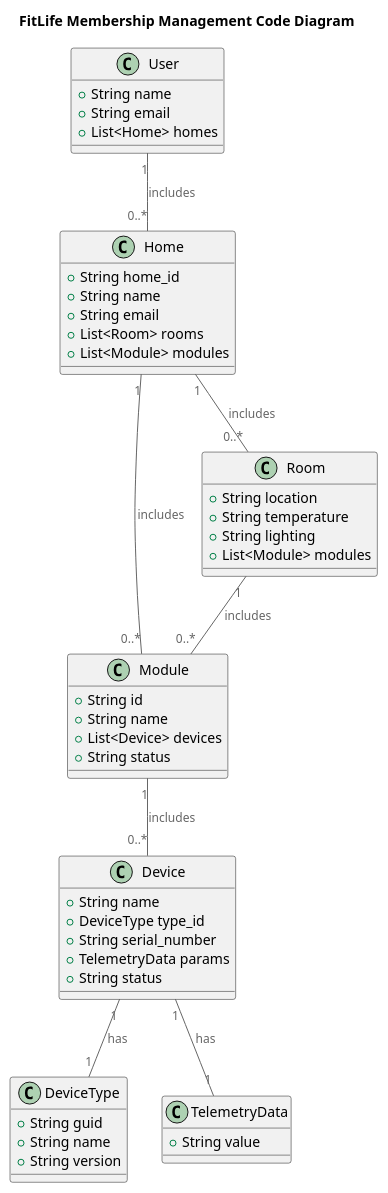
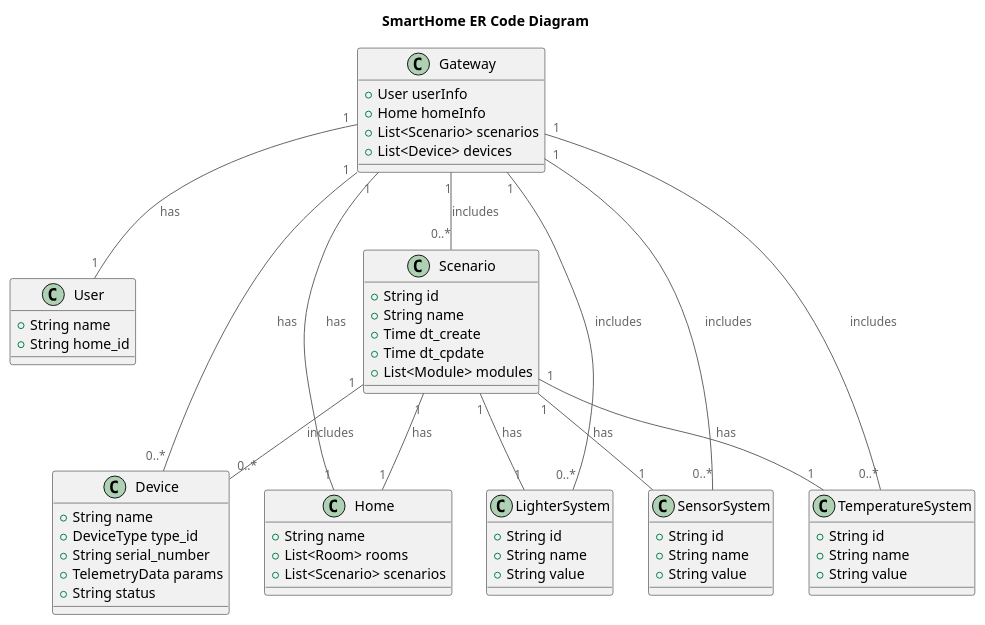
One commit to PuryginKE/architecture-warmhouse changed the diagram in diagrams/er/Code-er.puml. Above: the diagram before and after it, drawn with PlantUML. The commit also changed 19 other files, not shown here.

```diff
--- a/diagrams/er/Code-er.puml
+++ b/diagrams/er/Code-er.puml
@@ -1,62 +1,74 @@
 @startuml
-title FitLife Membership Management Code Diagram
+title SmartHome ER Code Diagram
 
 top to bottom direction
 
 !includeurl https://raw.githubusercontent.com/RicardoNiepel/C4-PlantUML/master/C4_Component.puml
 
+class Gateway {
+  +User userInfo
+  +Home homeInfo
+  +List<Scenario> scenarios
+  +List<Device> devices
+}
+
 class User {
   +String name
-  +String email
-  +List<Home> homes
+  +String home_id
+}
+
+class Scenario {
+  +String id
+  +String name
+  +Time dt_create
+  +Time dt_cpdate
+  +List<Module> modules
 }
 
 class Home {
-  +String home_id
   +String name
-  +String email
   +List<Room> rooms
-  +List<Module> modules
+  +List<Scenario> scenarios
 }
 
 class Device {
   +String name
   +DeviceType type_id
   +String serial_number
   +TelemetryData params
   +String status
 }
 
-class DeviceType {
-  +String guid
+class LighterSystem {
+  +String id
   +String name
-  +String version
+  +String value
 }
 
-class Module {
+class TemperatureSystem {
   +String id
   +String name
-  +List<Device> devices
-  +String status
+  +String value
 }
 
-class TelemetryData {
- +String value
+class SensorSystem {
+  +String id
+  +String name
+  +String value
 }
 
-class Room {
-  +String location
-  +String temperature
-  +String lighting
-  +List<Module> modules
-}
+Gateway "1" -- "1" User : has
+Gateway "1" -- "1" Home : has
+Gateway "1" -- "0..*" Device : has
+Gateway "1" -- "0..*" Scenario : includes
+Gateway "1" -- "0..*" TemperatureSystem : includes
+Gateway "1" -- "0..*" LighterSystem : includes
+Gateway "1" -- "0..*" SensorSystem : includes
 
-User "1" -- "0..*" Home : includes
-Home "1" -- "0..*" Room : includes
-Home "1" -- "0..*" Module : includes
-Room "1" -- "0..*" Module : includes
-Module "1" -- "0..*" Device : includes
-Device "1" -- "1" DeviceType : has
-Device "1" -- "1" TelemetryData : has
+Scenario "1" -- "1" TemperatureSystem : has
+Scenario "1" -- "1" LighterSystem : has
+Scenario "1" -- "1" SensorSystem : has
+Scenario "1" -- "1" Home : has
+Scenario "1" -- "0..*" Device : includes
 
 @enduml
```
